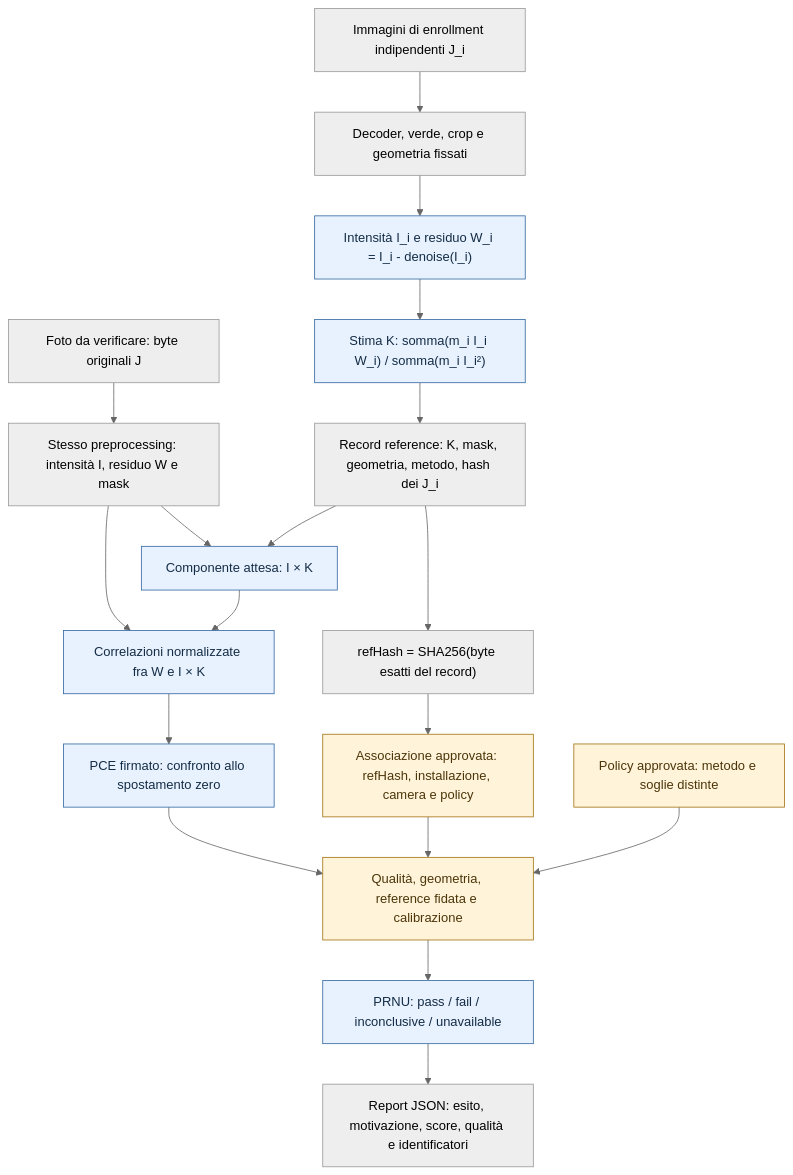
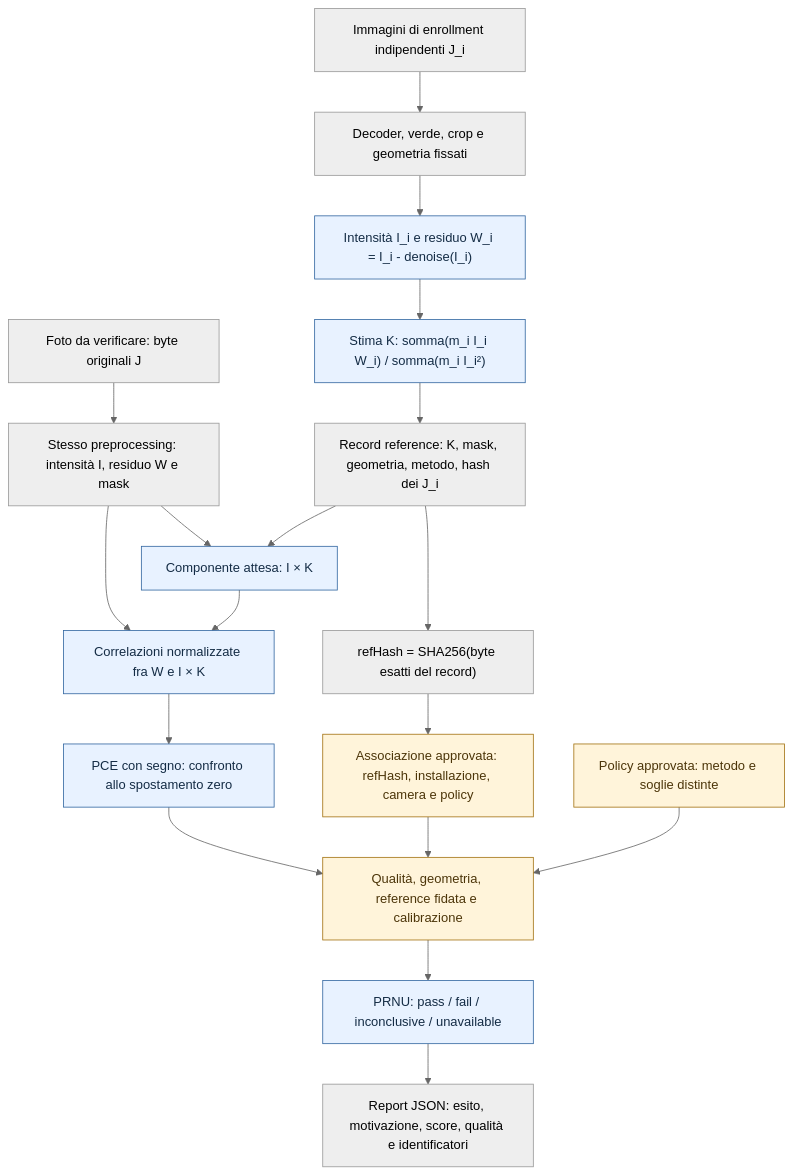
Before and after one commit to giancpl/ixh26: the first of 2 diagrams in docs/crypto-flow.md, drawn with Mermaid (neutral theme). The commit also changed other lines of this file and 3 other files, not shown here.

Commit message:
ADD: PNG exports and reproducible renderer for crypto diagrams

````diff
--- a/docs/crypto-flow.md
+++ b/docs/crypto-flow.md
@@ -10,27 +15,27 @@
 ```mermaid
 flowchart TD
     EN["Immagini di enrollment indipendenti J_i"] --> PRE["Decoder, verde, crop e geometria fissati"]
     PRE --> IW["Intensità I_i e residuo W_i = I_i - denoise(I_i)"]
     IW --> EST["Stima K: somma(m_i I_i W_i) / somma(m_i I_i²)"]
     EST --> REC["Record reference: K, mask, geometria, metodo, hash dei J_i"]
     REC --> RH["refHash = SHA256(byte esatti del record)"]
 
     J["Foto da verificare: byte originali J"] --> Q["Stesso preprocessing: intensità I, residuo W e mask"]
     Q --> PRED["Componente attesa: I × K"]
     REC --> PRED
     Q --> CORR["Correlazioni normalizzate fra W e I × K"]
     PRED --> CORR
-    CORR --> SCORE["PCE firmato: confronto allo spostamento zero"]
+    CORR --> SCORE["PCE con segno: confronto allo spostamento zero"]
 
     SCORE --> GUARD["Qualità, geometria, reference fidata e calibrazione"]
     RH --> TRUST["Associazione approvata: refHash, installazione, camera e policy"]
     TRUST --> GUARD
     POLICY["Policy approvata: metodo e soglie distinte"] --> GUARD
     GUARD --> RESULT["PRNU: pass / fail / inconclusive / unavailable"]
     RESULT --> REPORT["Report JSON: esito, motivazione, score, qualità e identificatori"]
 
     classDef statistical fill:#e8f2ff,stroke:#3367a1,color:#142c45;
     classDef trusted fill:#fff4da,stroke:#a37313,color:#4c3509;
     class IW,EST,PRED,CORR,SCORE,RESULT statistical;
     class TRUST,POLICY,GUARD trusted;
 ```
````
